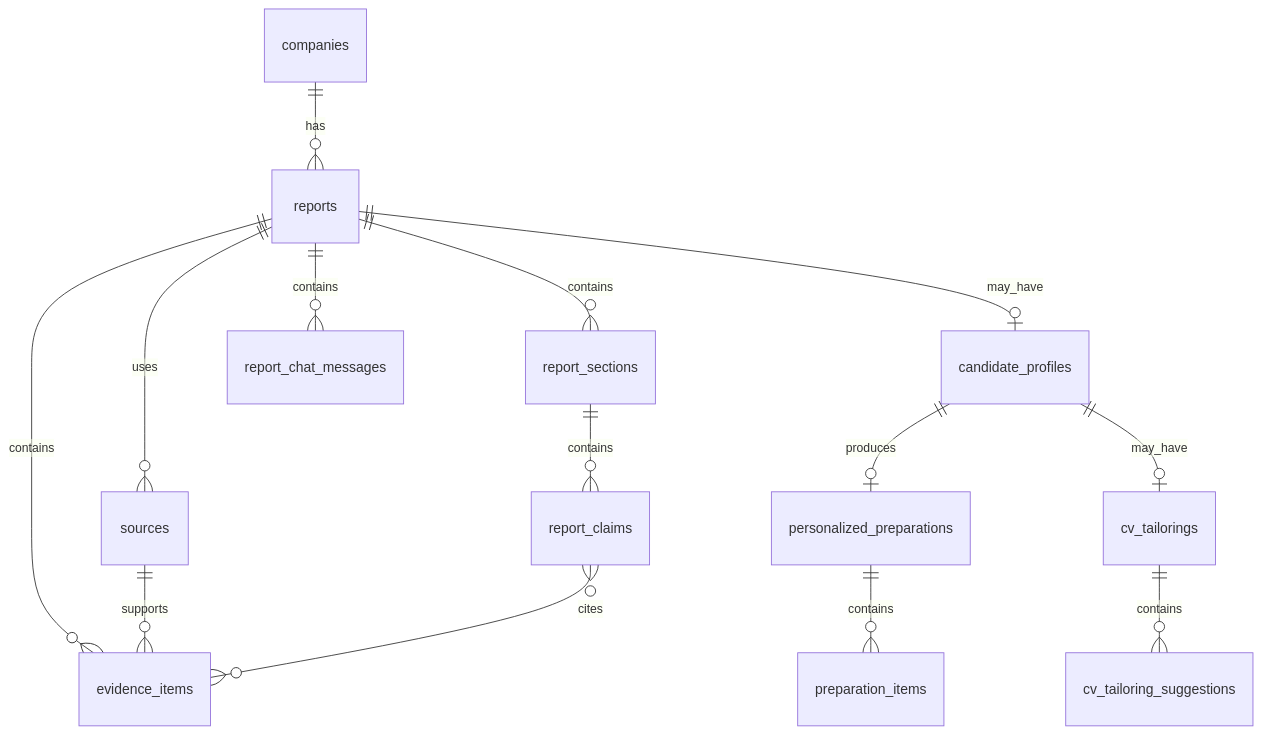
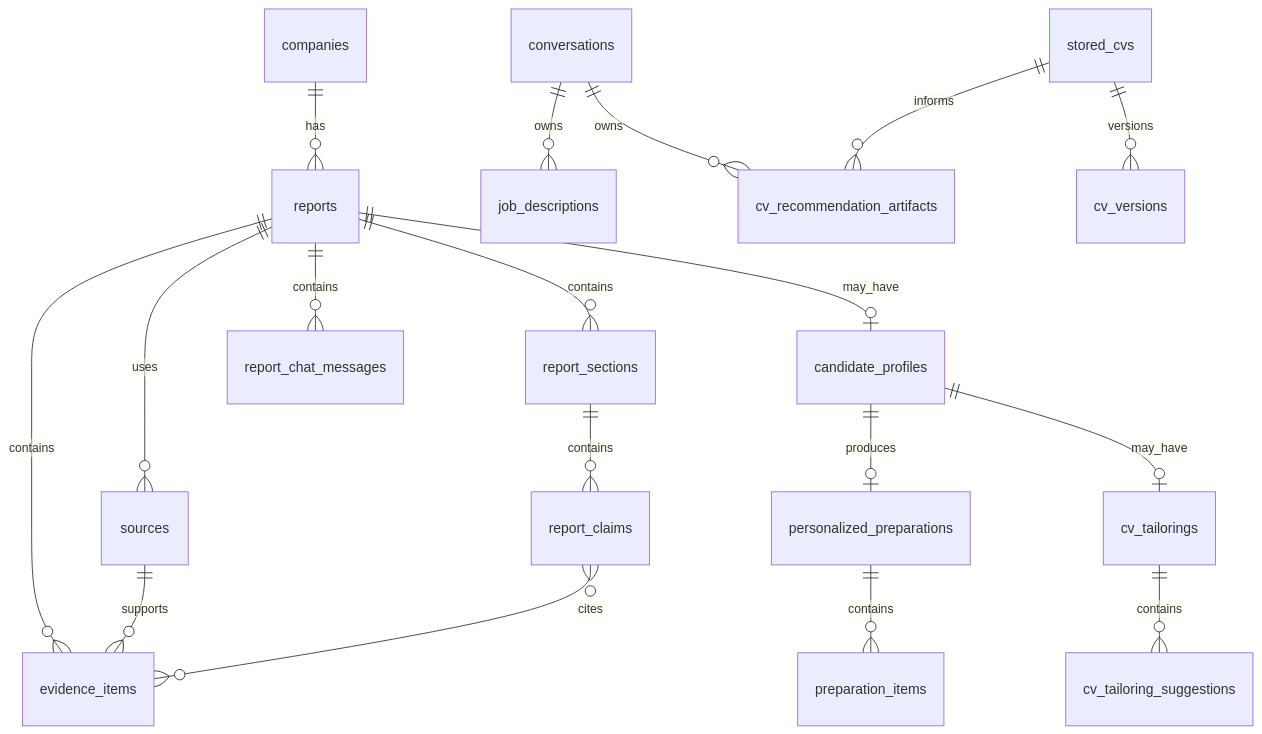
The diagram in docs/database-model.md (Sebalin2003/Company-Research-Agent), drawn with Mermaid before and after one commit. The commit also changed other lines of this file and 19 other files, not shown here.

````diff
--- a/docs/database-model.md
+++ b/docs/database-model.md
@@ -46,16 +46,20 @@
 ```mermaid
 erDiagram
     companies ||--o{ reports : has
     reports ||--o{ report_sections : contains
     report_sections ||--o{ report_claims : contains
     reports ||--o{ sources : uses
     reports ||--o{ evidence_items : contains
     sources ||--o{ evidence_items : supports
     report_claims }o--o{ evidence_items : cites
     reports ||--o| candidate_profiles : may_have
     reports ||--o{ report_chat_messages : contains
     candidate_profiles ||--o| personalized_preparations : produces
     personalized_preparations ||--o{ preparation_items : contains
     candidate_profiles ||--o| cv_tailorings : may_have
     cv_tailorings ||--o{ cv_tailoring_suggestions : contains
+    conversations ||--o{ job_descriptions : owns
+    conversations ||--o{ cv_recommendation_artifacts : owns
+    stored_cvs ||--o{ cv_versions : versions
+    stored_cvs ||--o{ cv_recommendation_artifacts : informs
 ```
````
